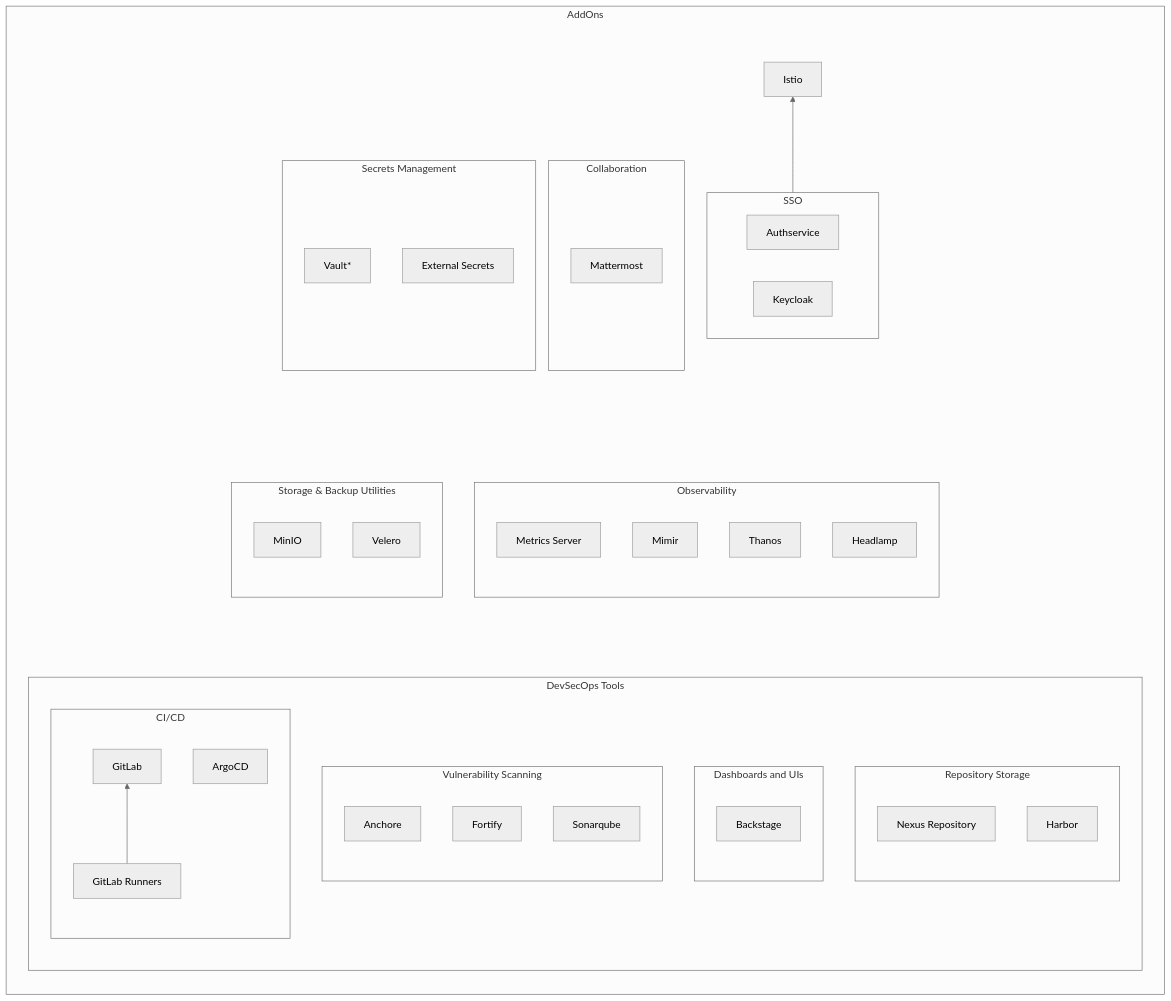
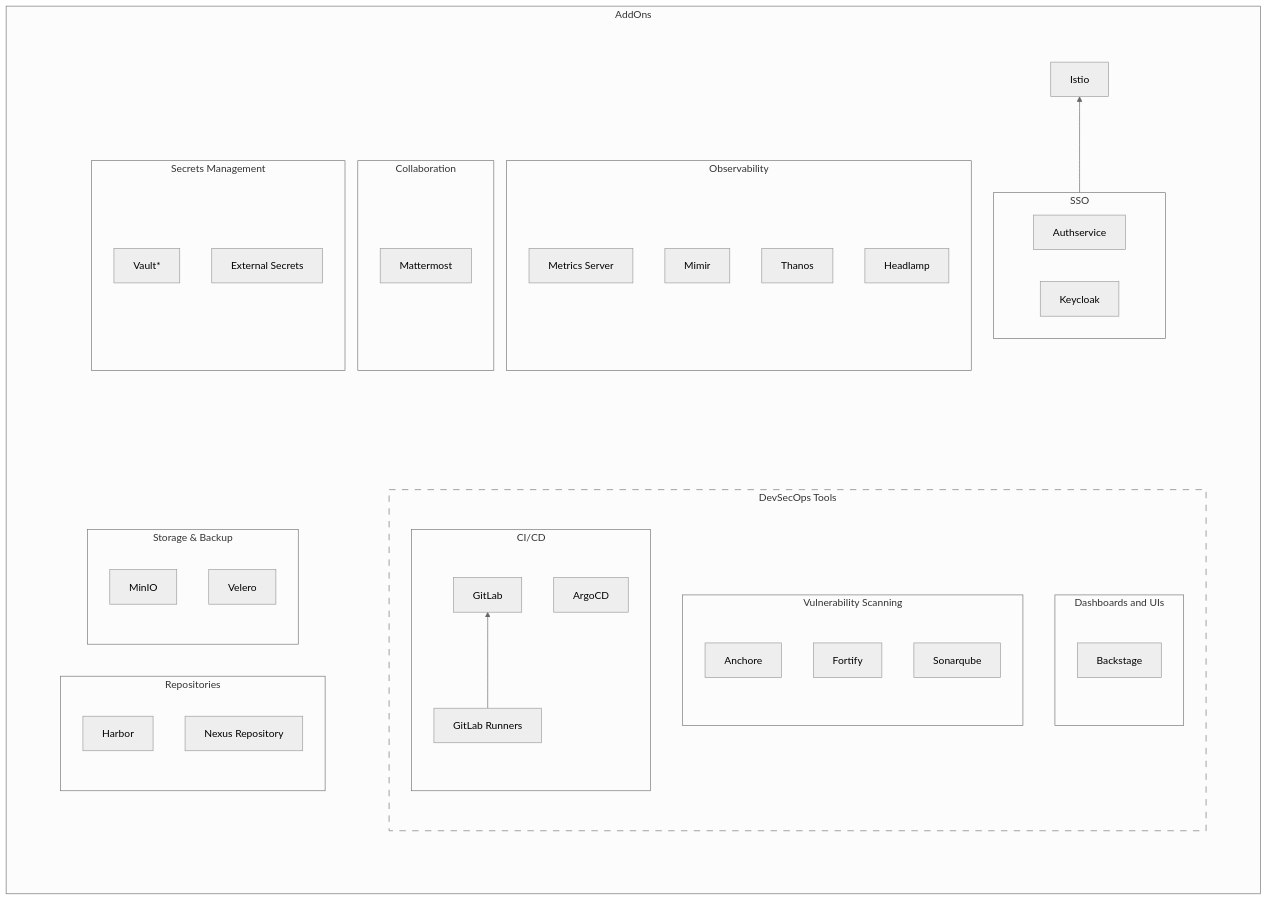
One commit to shebashio/bigbang changed the second of 2 diagrams in docs/understanding-bigbang/package-architecture/README.md. Above: the diagram before and after it, drawn with Mermaid (neutral theme).

Commit message:
more better formatting

```diff
--- a/docs/understanding-bigbang/package-architecture/README.md
+++ b/docs/understanding-bigbang/package-architecture/README.md
@@ -112,37 +112,46 @@
   subgraph AddOns
   direction BT
 
-    subgraph DT[DevSecOps Tools]
+    subgraph Row2[ ]
+      style Row2 fill:transparent,stroke:transparent
+      direction LR
 
-      subgraph Repo[Repository Storage]
-      direction BT
-        Nexus[Nexus Repository]
-        Harbor
+      subgraph DT[DevSecOps Tools]
+      style DT stroke-dasharray: 10 10
+        subgraph UI[Dashboards and UIs]
+        direction BT
+          Backstage
+        end
+        subgraph Scan[Vulnerability Scanning]
+        direction BT
+          Anchore
+          Fortify
+          Sonarqube
+        end
+        subgraph ContDeploy[CI/CD]
+        direction BT
+          GLRunners[GitLab Runners]
+          GitLab
+          ArgoCD
+        end
       end
 
-      subgraph UI[Dashboards and UIs]
+      subgraph Storage[Storage & Backup]
       direction BT
-        Backstage
+        MinIO
+        Velero
       end
-
-      subgraph Scan[Vulnerability Scanning]
+      
+      subgraph Repo[Repositories]
       direction BT
-        Anchore
-        Fortify
-        Sonarqube
+        Harbor
+        Nexus[Nexus Repository]
       end
-
-      subgraph ContDeploy[CI/CD]
-      direction BT
-        GLRunners[GitLab Runners]
-        GitLab
-        ArgoCD
-      end
-
+    
     end
 
-    subgraph Row2
-      style Row2 fill:transparent,stroke:transparent,color:transparent
+    subgraph Row1[ ]
+      style Row1 fill:transparent,stroke:transparent
       direction BT
 
         subgraph Obs[Observability]
@@ -151,17 +160,6 @@
           Thanos
           Headlamp
         end
-
-        subgraph AppUtils[Storage & Backup Utilities]
-          MinIO
-          Velero
-        end
-
-    end
-
-    subgraph Row1
-      style Row1 fill:transparent,stroke:transparent,color:transparent
-      direction BT
 
         subgraph Collab[Collaboration]
           Mattermost
@@ -183,13 +181,19 @@
     
     end
       
-
+    %% Dependencies
     Authservice --> Istio
     GLRunners --> GitLab
+
+    %% Row 1 Formatters
     Vault ~~~ formattingNode
     Mattermost ~~~ formattingNode
+    Metrics ~~~ formattingNode
+
+    %%Row 2 Formatters
     Row2 ~~~ Row1
-    DT ~~~ Row2
+    Storage ~~~ DT
+    Repo ~~~ DT
 
   end
 
```
